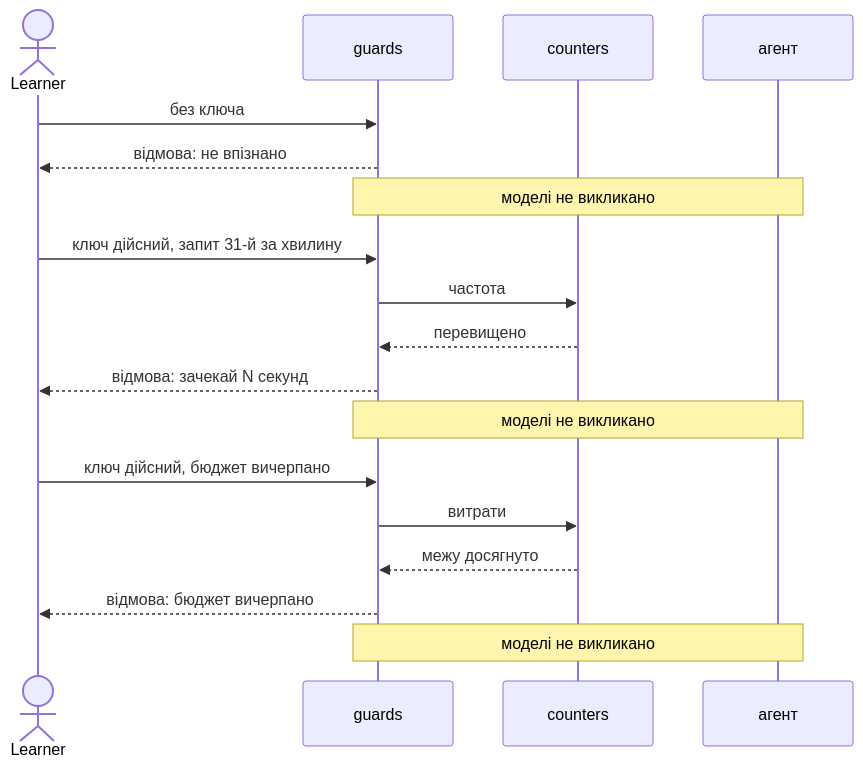
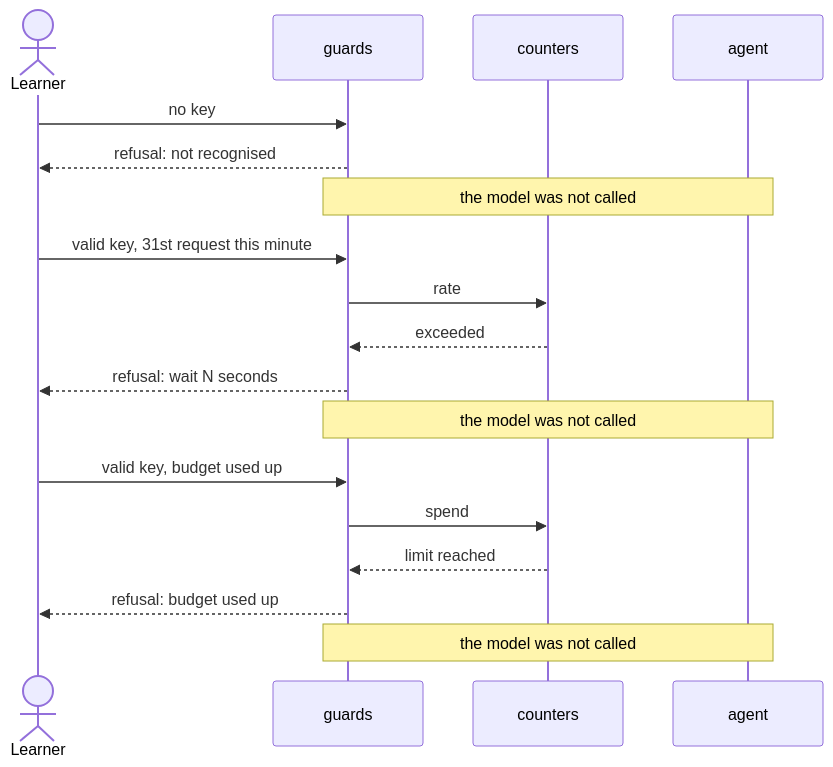
Before and after one commit to AZANIR/agentic-ai: the fourth of 6 diagrams in docs/features/s06-platform/sad.md, drawn with Mermaid. The commit also changed other lines of this file and 245 other files, not shown here.

````diff
--- a/docs/features/s06-platform/sad.md
+++ b/docs/features/s06-platform/sad.md
@@ -232,23 +235,23 @@
 ```mermaid
 sequenceDiagram
     actor L as Learner
     participant G as guards
     participant C as counters
-    participant Ag as агент
+    participant Ag as agent
 
-    L->>G: без ключа
-    G-->>L: відмова: не впізнано
-    Note over G,Ag: моделі не викликано
+    L->>G: no key
+    G-->>L: refusal: not recognised
+    Note over G,Ag: the model was not called
 
-    L->>G: ключ дійсний, запит 31-й за хвилину
-    G->>C: частота
-    C-->>G: перевищено
-    G-->>L: відмова: зачекай N секунд
-    Note over G,Ag: моделі не викликано
+    L->>G: valid key, 31st request this minute
+    G->>C: rate
+    C-->>G: exceeded
+    G-->>L: refusal: wait N seconds
+    Note over G,Ag: the model was not called
 
-    L->>G: ключ дійсний, бюджет вичерпано
-    G->>C: витрати
-    C-->>G: межу досягнуто
-    G-->>L: відмова: бюджет вичерпано
-    Note over G,Ag: моделі не викликано
+    L->>G: valid key, budget used up
+    G->>C: spend
+    C-->>G: limit reached
+    G-->>L: refusal: budget used up
+    Note over G,Ag: the model was not called
 ```
````
